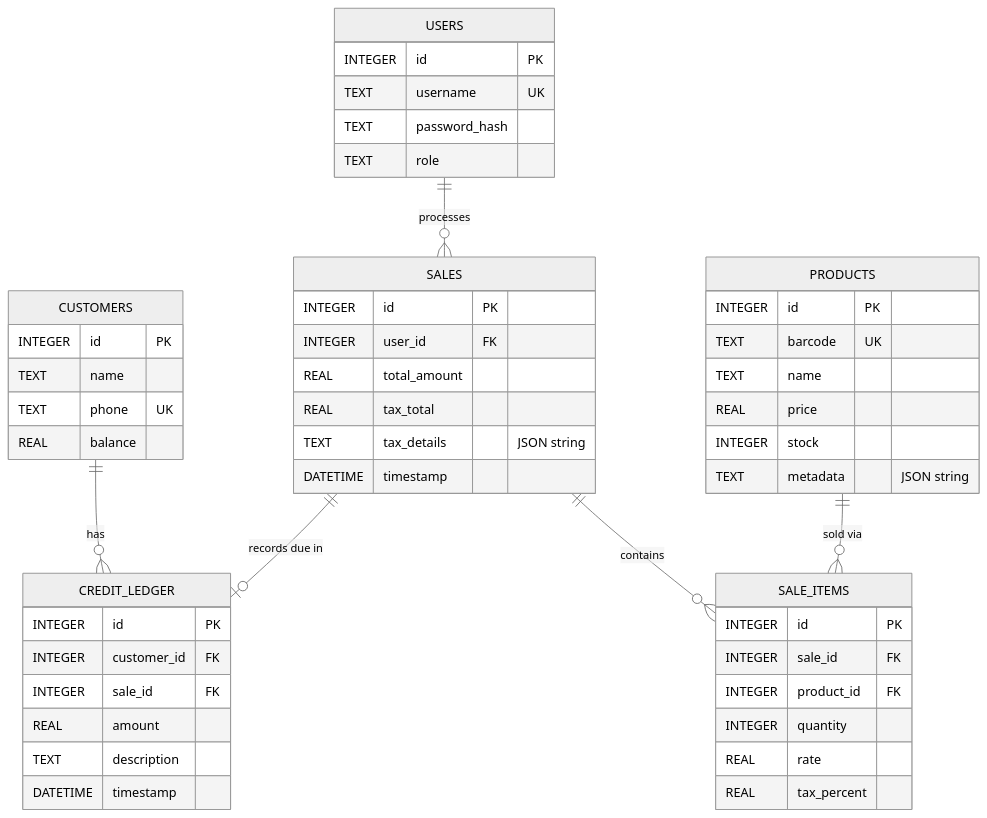
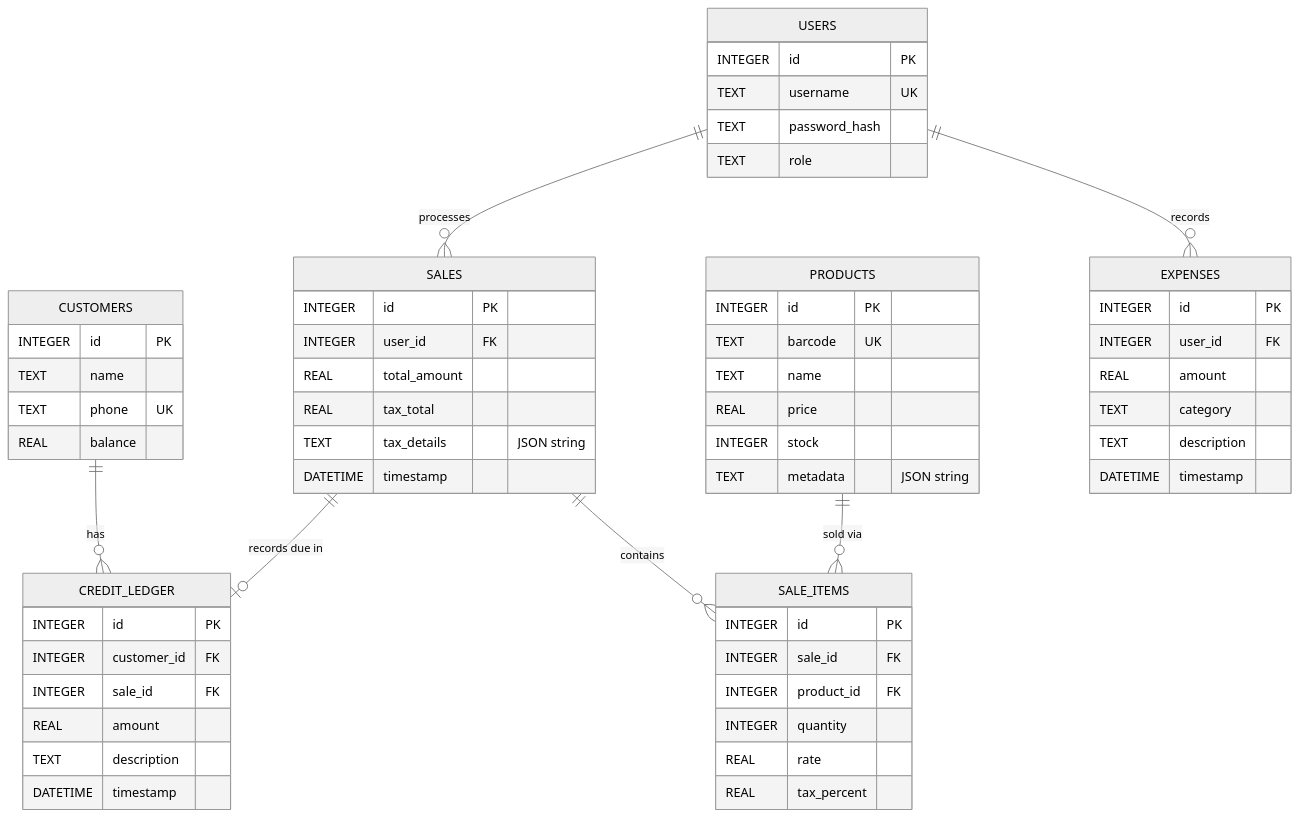
One commit to tarunmankar/offline-billing-system changed the diagram in .ai/SCHEMA.md. Above: the diagram before and after it, drawn with Mermaid (neutral theme). The commit also changed other lines of this file and 17 other files, not shown here.

````diff
--- a/.ai/SCHEMA.md
+++ b/.ai/SCHEMA.md
@@ -24,58 +24,68 @@
 ```mermaid
 erDiagram
     USERS ||--o{ SALES : "processes"
     CUSTOMERS ||--o{ CREDIT_LEDGER : "has"
     SALES ||--o{ SALE_ITEMS : "contains"
     SALES ||--o| CREDIT_LEDGER : "records due in"
     PRODUCTS ||--o{ SALE_ITEMS : "sold via"
+    USERS ||--o{ EXPENSES : "records"
 
     USERS {
         INTEGER id PK
         TEXT username UK
         TEXT password_hash
         TEXT role
     }
 
     PRODUCTS {
         INTEGER id PK
         TEXT barcode UK
         TEXT name
         REAL price
         INTEGER stock
         TEXT metadata "JSON string"
     }
 
     SALES {
         INTEGER id PK
         INTEGER user_id FK
         REAL total_amount
         REAL tax_total
         TEXT tax_details "JSON string"
         DATETIME timestamp
     }
 
     SALE_ITEMS {
         INTEGER id PK
         INTEGER sale_id FK
         INTEGER product_id FK
         INTEGER quantity
         REAL rate
         REAL tax_percent
     }
 
     CUSTOMERS {
         INTEGER id PK
         TEXT name
         TEXT phone UK
         REAL balance
     }
 
     CREDIT_LEDGER {
         INTEGER id PK
         INTEGER customer_id FK
         INTEGER sale_id FK
         REAL amount
         TEXT description
         DATETIME timestamp
     }
+
+    EXPENSES {
+        INTEGER id PK
+        INTEGER user_id FK
+        REAL amount
+        TEXT category
+        TEXT description
+        DATETIME timestamp
+    }
 ```
````
